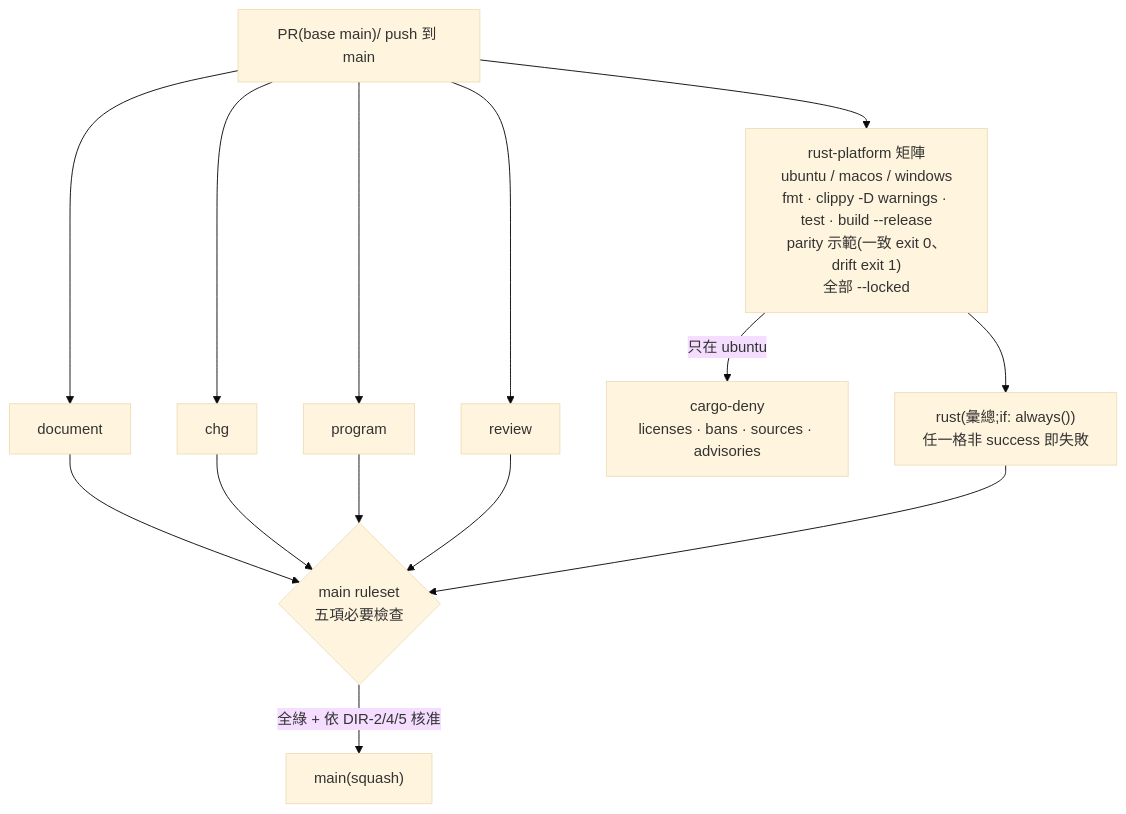
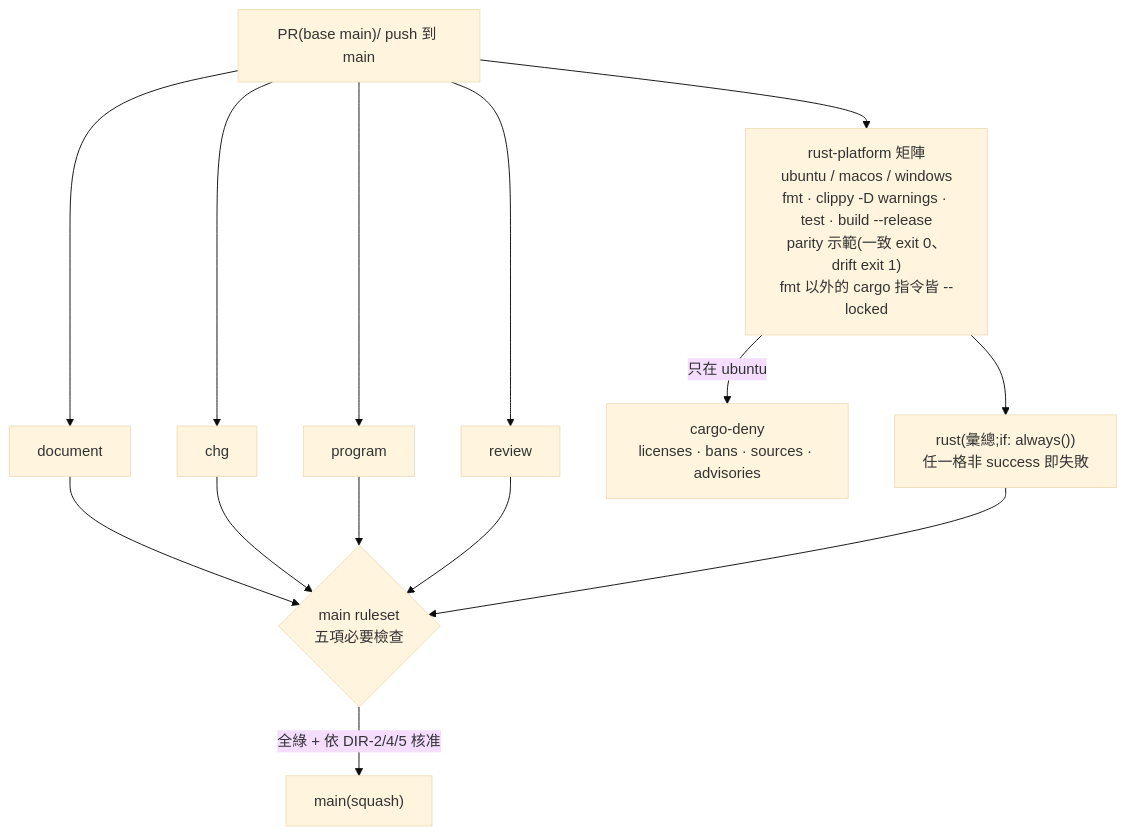
The second of 3 diagrams in docs/changes/CHG-20261123-01.md (kamira/podcast-studio), drawn with Mermaid (base theme) before and after one commit. The commit also changed other lines of this file, not shown here.

````diff
--- a/docs/changes/CHG-20261123-01.md
+++ b/docs/changes/CHG-20261123-01.md
@@ -206,9 +206,9 @@
 ```mermaid
 flowchart TB
   PR["PR(base main)/ push 到 main"] --> D["document"] & C["chg"] & P["program"] & R["review"]
-  PR --> M["rust-platform 矩陣<br/>ubuntu / macos / windows<br/>fmt · clippy -D warnings · test · build --release<br/>parity 示範(一致 exit 0、drift exit 1)<br/>全部 --locked"]
+  PR --> M["rust-platform 矩陣<br/>ubuntu / macos / windows<br/>fmt · clippy -D warnings · test · build --release<br/>parity 示範(一致 exit 0、drift exit 1)<br/>fmt 以外的 cargo 指令皆 --locked"]
   M -- 只在 ubuntu --> DENY["cargo-deny<br/>licenses · bans · sources · advisories"]
   M --> AGG["rust(彙總;if: always())<br/>任一格非 success 即失敗"]
   D & C & P & R & AGG --> RS{"main ruleset<br/>五項必要檢查"}
   RS -- 全綠 + 依 DIR-2/4/5 核准 --> MAIN["main(squash)"]
 ```
````
